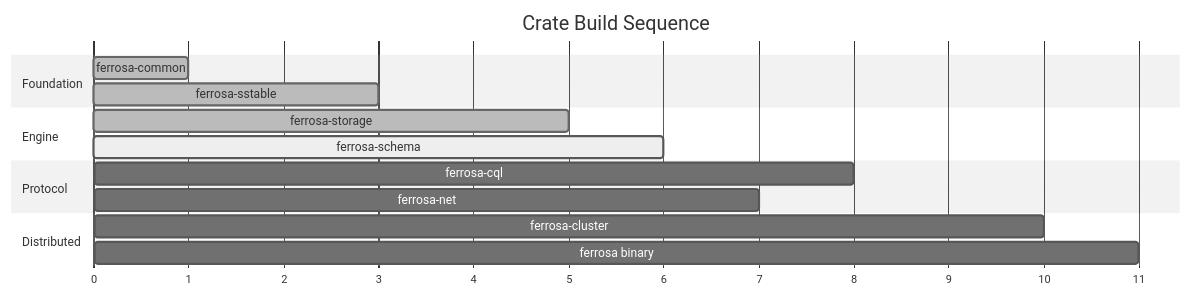
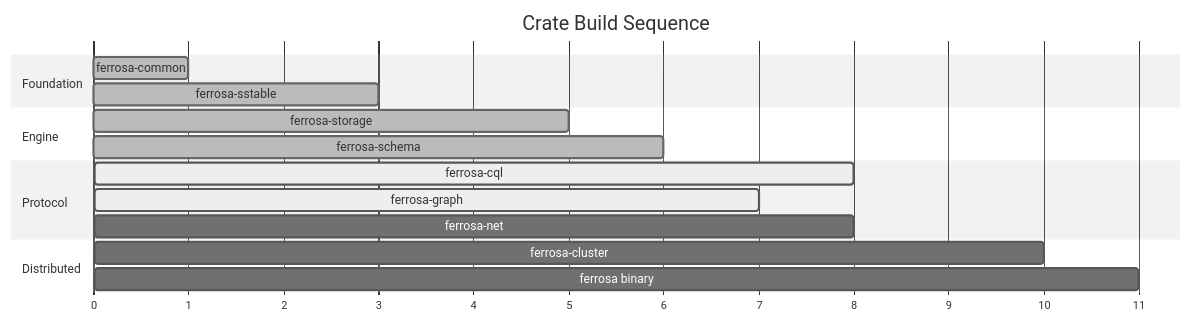
One commit to ferrosadb/ferrosa changed the second of 2 diagrams in specs/components.md. Above: the diagram before and after it, drawn with Mermaid (neutral theme). The commit also changed other lines of this file and 3 other files, not shown here.

First line of the commit message:
docs(specs): update architecture specs to reflect current implementation

````diff
--- a/specs/components.md
+++ b/specs/components.md
@@ -137,22 +166,23 @@
 ```mermaid
 gantt
     title Crate Build Sequence
     dateFormat X
     axisFormat %s
 
     section Foundation
     ferrosa-common          :done, 0, 1
     ferrosa-sstable         :done, 1, 3
 
     section Engine
     ferrosa-storage         :done, 3, 5
-    ferrosa-schema          :active, 5, 6
+    ferrosa-schema          :done, 5, 6
 
     section Protocol
-    ferrosa-cql             :6, 8
-    ferrosa-net             :6, 7
+    ferrosa-cql             :active, 6, 8
+    ferrosa-graph           :active, 6, 7
+    ferrosa-net             :7, 8
 
     section Distributed
     ferrosa-cluster         :8, 10
     ferrosa binary          :10, 11
 ```
````
